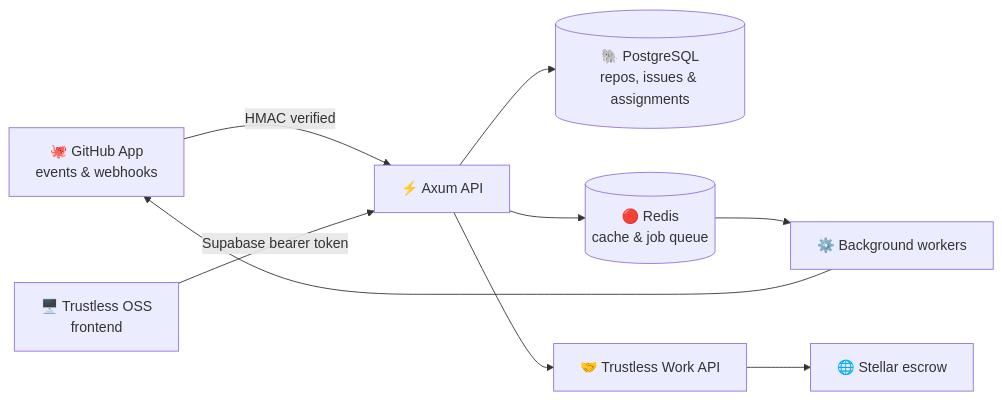
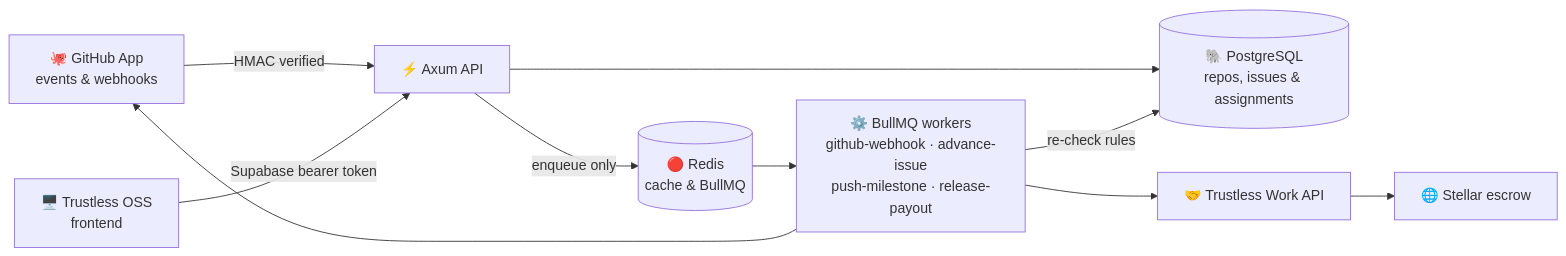
The diagram in README.md (Trustless-OSS/Toss-Backend), drawn with Mermaid before and after one commit. The commit also changed other lines of this file and 1 other file, not shown here.

First line of the commit message:
docs: document queues, jobs, retries and the automation rules

````diff
--- a/README.md
+++ b/README.md
@@ -36,13 +41,14 @@
 ```mermaid
 flowchart LR
     GH["🐙 GitHub App<br/>events & webhooks"] -->|HMAC verified| API["⚡ Axum API"]
     UI["🖥️ Trustless OSS<br/>frontend"] -->|Supabase bearer token| API
 
     API --> DB[("🐘 PostgreSQL<br/>repos, issues & assignments")]
-    API --> REDIS[("🔴 Redis<br/>cache & job queue")]
-    REDIS --> WORKERS["⚙️ Background workers"]
+    API -->|enqueue only| REDIS[("🔴 Redis<br/>cache & BullMQ")]
+    REDIS --> WORKERS["⚙️ BullMQ workers<br/>github-webhook · advance-issue<br/>push-milestone · release-payout"]
+    WORKERS -->|re-check rules| DB
     WORKERS --> GH
 
-    API --> TW["🤝 Trustless Work API"]
+    WORKERS --> TW["🤝 Trustless Work API"]
     TW --> STELLAR["🌐 Stellar escrow"]
 ```
````
